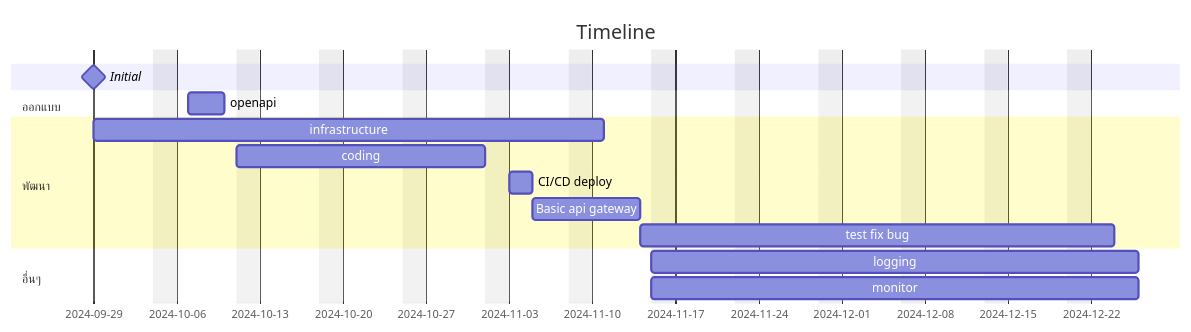
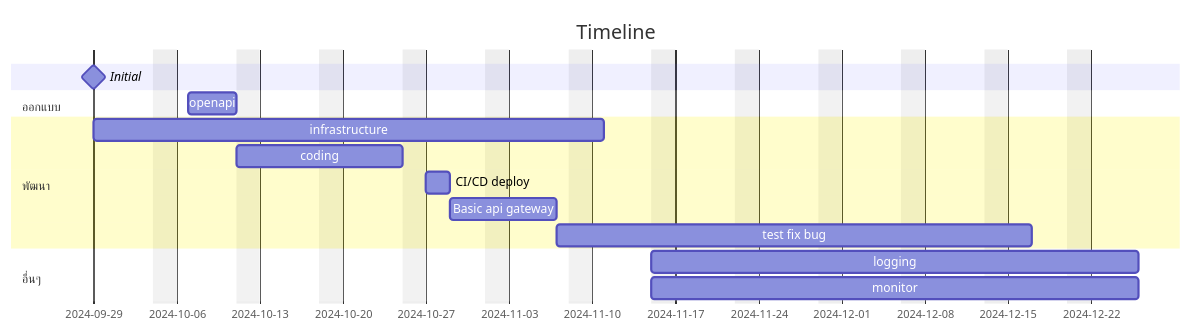
The fifth of 5 diagrams in ktb-amed/README.md (lionants02/public), drawn with Mermaid before and after one commit.

Commit message:
update timeline

````diff
--- a/ktb-amed/README.md
+++ b/ktb-amed/README.md
@@ -106,19 +106,19 @@
 ```mermaid
 gantt
     title Timeline
     dateFormat YYYY-MM-DD
     excludes weekends
     weekend friday
     Initial : milestone,m1 ,2024-09-29,0d
     section ออกแบบ
-        openapi          :a1, 2024-10-07, 3d
+        openapi          :a1, 2024-10-07, 4d
     section พัฒนา
         infrastructure: 2024-09-29, 31d
-        coding :2024-10-11, 16d
+        coding :2024-10-11, 11d
         CI/CD deploy    :2d
         Basic api gateway    :7d
         test fix bug    :28d
     section อื่นๆ
         logging :2024-11-15, 30d
         monitor :2024-11-15, 30d
 ```
````
